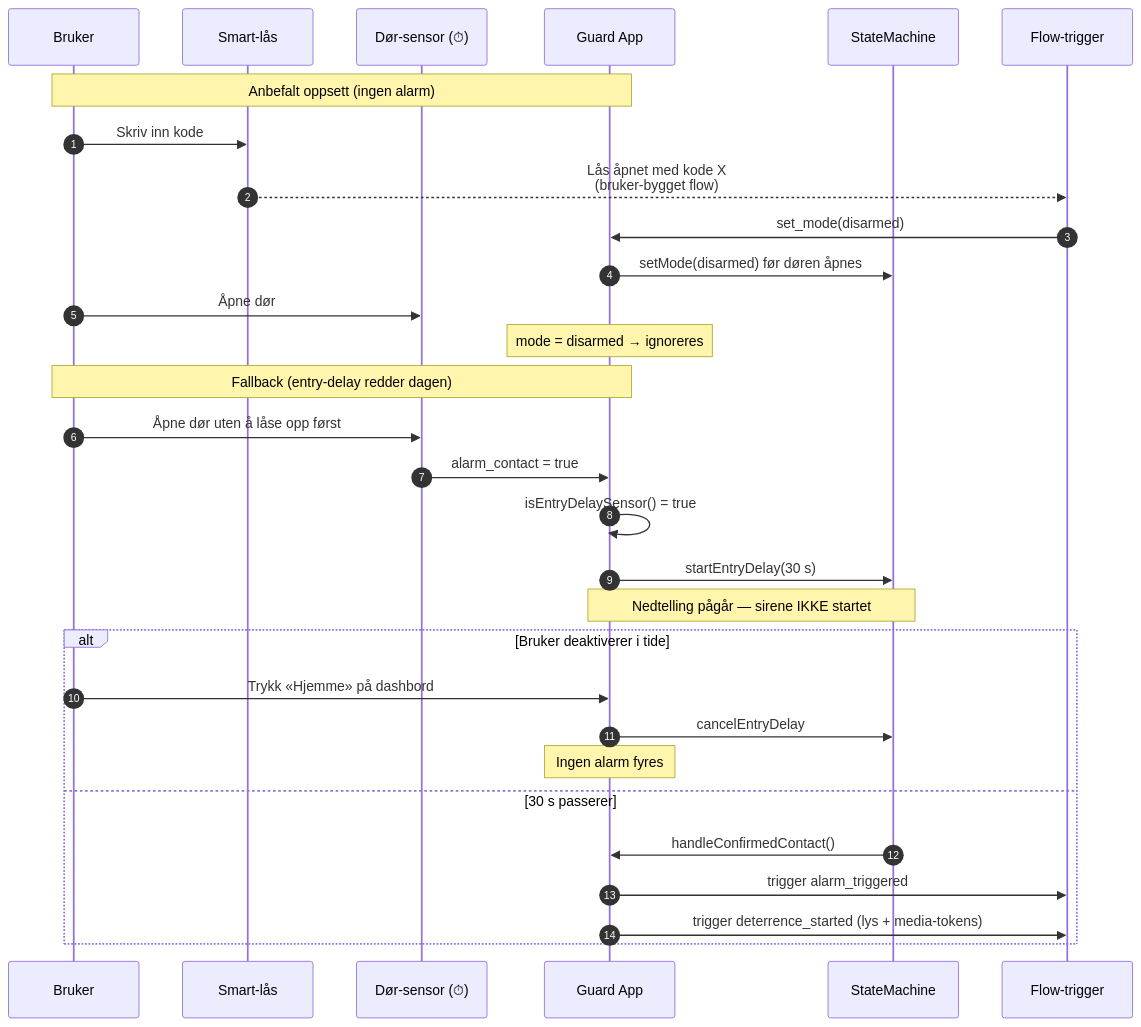
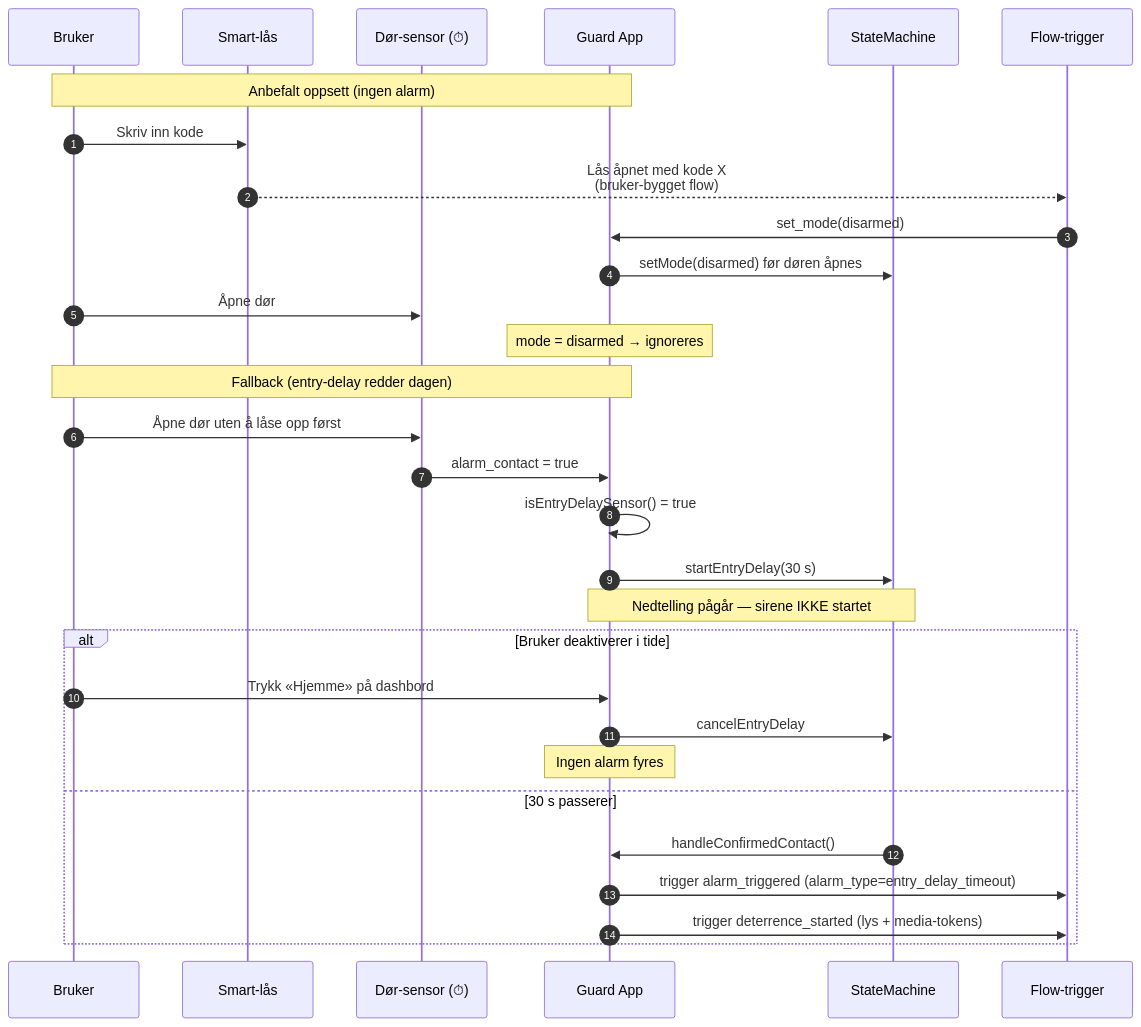
The fourth of 5 diagrams in README.md (thomasekdahlN/mccallisterguard), drawn with Mermaid before and after one commit. The commit also changed other lines of this file and 8 other files, not shown here.

````diff
--- a/README.md
+++ b/README.md
@@ -151,34 +151,34 @@
 ```mermaid
 sequenceDiagram
   autonumber
   participant U as Bruker
   participant L as Smart-lås
   participant D as Dør-sensor (⏱)
   participant App as Guard App
   participant SM as StateMachine
   participant F as Flow-trigger
 
   Note over U,App: Anbefalt oppsett (ingen alarm)
   U->>L: Skriv inn kode
   L-->>F: Lås åpnet med kode X<br/>(bruker-bygget flow)
   F->>App: set_mode(disarmed)
   App->>SM: setMode(disarmed) før døren åpnes
   U->>D: Åpne dør
   Note over App: mode = disarmed → ignoreres
 
   Note over U,App: Fallback (entry-delay redder dagen)
   U->>D: Åpne dør uten å låse opp først
   D->>App: alarm_contact = true
   App->>App: isEntryDelaySensor() = true
   App->>SM: startEntryDelay(30 s)
   Note over App,SM: Nedtelling pågår — sirene IKKE startet
   alt Bruker deaktiverer i tide
     U->>App: Trykk «Hjemme» på dashbord
     App->>SM: cancelEntryDelay
     Note over App: Ingen alarm fyres
   else 30 s passerer
     SM->>App: handleConfirmedContact()
-    App->>F: trigger alarm_triggered
+    App->>F: trigger alarm_triggered (alarm_type=entry_delay_timeout)
     App->>F: trigger deterrence_started (lys + media-tokens)
   end
 ```
````
